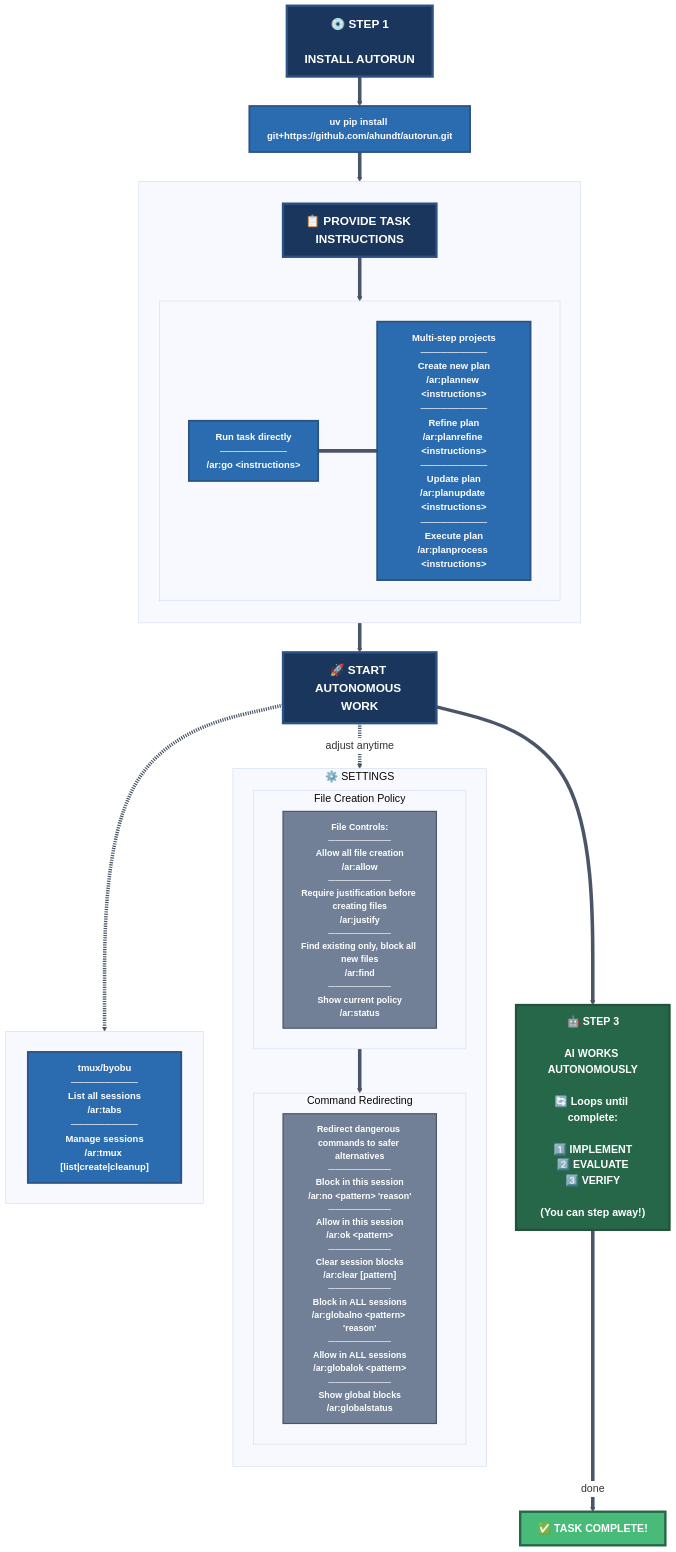
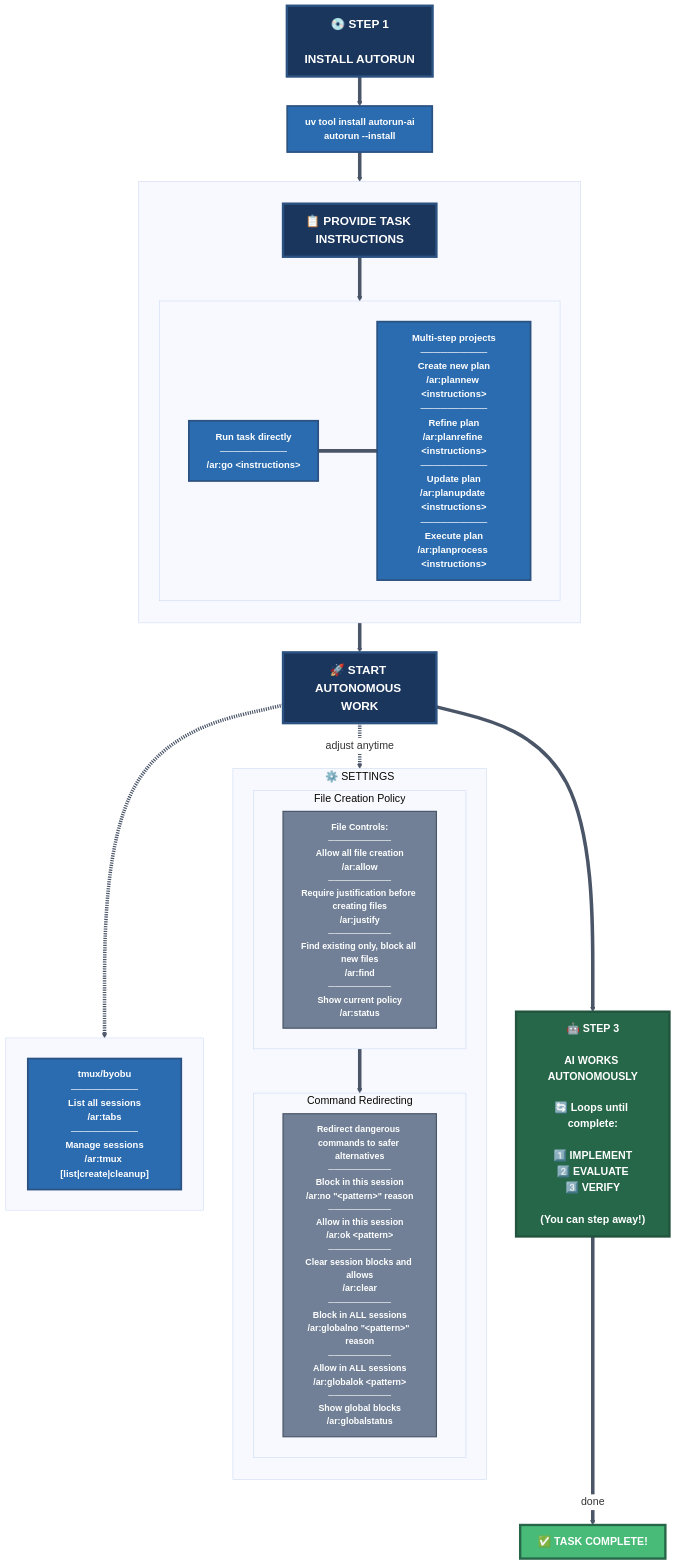
The diagram in autorun-architecture.mmd (ahundt/autorun), drawn with Mermaid before and after one commit. The commit also changed 6 other files, not shown here.

```diff
--- a/autorun-architecture.mmd
+++ b/autorun-architecture.mmd
@@ -1,91 +1,91 @@
 %% Regenerate SVG: npx @mermaid-js/mermaid-cli mmdc -i autorun-architecture.mmd -o autorun-architecture.svg
 %%{init: {'theme': 'base', 'themeVariables': { 'fontSize': '18px', 'fontFamily': 'Arial', 'maxTextWidth': 300, 'subgraphBkg': '#f7fafc', 'lineColor': '#4a5568', 'edgeLabelBackground': '#ffffff'}}}%%
 flowchart TD
     %% ========================================
     %%  STYLING
     %% ========================================
     classDef stepBox fill:#1a365d,stroke:#2c5282,stroke-width:4px,color:#fff,font-size:20px,font-weight:bold;
     classDef choiceBox fill:#2b6cb0,stroke:#2c5282,stroke-width:3px,color:#fff,font-size:16px,font-weight:bold;
     classDef aiBox fill:#276749,stroke:#22543d,stroke-width:4px,color:#fff,font-size:18px,font-weight:bold;
     classDef guardBox fill:#c53030,stroke:#742a2a,stroke-width:3px,color:#fff,font-size:14px,font-weight:bold;
     classDef safeBox fill:#ed8936,stroke:#c05621,stroke-width:3px,color:#fff,font-size:16px,font-weight:bold;
     classDef doneBox fill:#48bb78,stroke:#276749,stroke-width:4px,color:#fff,font-size:18px,font-weight:bold;
     classDef settingBox fill:#718096,stroke:#4a5568,stroke-width:2px,color:#fff,font-size:15px,font-weight:bold;
     classDef settingsPanel fill:#e2e8f0,stroke:#a0aec0,stroke-width:2px,color:#2d3748,font-size:15px,font-weight:bold;
 
     %% ========================================
     %%  STEP 1: INSTALL
     %% ========================================
     INSTALL["💿 STEP 1<br/><br/>INSTALL AUTORUN"]:::stepBox
-    INSTALL_CMD["uv pip install git+https://github.com/ahundt/autorun.git"]:::choiceBox
+    INSTALL_CMD["uv tool install autorun-ai<br/>autorun --install"]:::choiceBox
 
     %% ========================================
     %%  SETTINGS PANEL (Always available)
     %% ========================================
     subgraph SETTINGS["⚙️ SETTINGS"]
         direction TB
 
         subgraph FILE_SET["File Creation Policy"]
             F1["<b>File Controls:</b><br/>──────────<br/><b>Allow all file creation</b><br/>/ar:allow<br/>──────────<br/><b>Require justification before creating files</b><br/>/ar:justify<br/>──────────<br/><b>Find existing only, block all new files</b><br/>/ar:find<br/>──────────<br/><b>Show current policy</b><br/>/ar:status"]:::settingBox
         end
 
         FILE_SET --> BLOCK_SET
 
         subgraph BLOCK_SET["Command Redirecting"]
             direction LR
-            B1["<b>Redirect dangerous commands to safer alternatives</b><br/>──────────<br/><b>Block in this session</b><br/>/ar:no &lt;pattern&gt; 'reason'<br/>──────────<br/><b>Allow in this session</b><br/>/ar:ok &lt;pattern&gt;<br/>──────────<br/><b>Clear session blocks</b><br/>/ar:clear [pattern]<br/>──────────<br/><b>Block in ALL sessions</b><br/>/ar:globalno &lt;pattern&gt; 'reason'<br/>──────────<br/><b>Allow in ALL sessions</b><br/>/ar:globalok &lt;pattern&gt;<br/>──────────<br/><b>Show global blocks</b><br/>/ar:globalstatus"]:::settingBox
+            B1["<b>Redirect dangerous commands to safer alternatives</b><br/>──────────<br/><b>Block in this session</b><br/>/ar:no #quot;&lt;pattern&gt;#quot; reason<br/>──────────<br/><b>Allow in this session</b><br/>/ar:ok &lt;pattern&gt;<br/>──────────<br/><b>Clear session blocks and allows</b><br/>/ar:clear<br/>──────────<br/><b>Block in ALL sessions</b><br/>/ar:globalno #quot;&lt;pattern&gt;#quot; reason<br/>──────────<br/><b>Allow in ALL sessions</b><br/>/ar:globalok &lt;pattern&gt;<br/>──────────<br/><b>Show global blocks</b><br/>/ar:globalstatus"]:::settingBox
         end
     end
 
     %% ========================================
     %%  STEP 2: CHOOSE HOW AI WORKS
     %% ========================================
     subgraph WORKFLOW_OPTIONS[" "]
         direction TB
         PROVIDE["📋 PROVIDE TASK INSTRUCTIONS"]:::stepBox
         subgraph WORKFLOW_CMDS[" "]
             direction LR
             W1["<b>Run task directly</b><br/>──────────<br/>/ar:go &lt;instructions&gt;"]:::choiceBox
 
             W2["<b>Multi-step projects</b><br/>──────────<br/><b>Create new plan</b><br/>/ar:plannew &lt;instructions&gt;<br/>──────────<br/><b>Refine plan</b><br/>/ar:planrefine &lt;instructions&gt;<br/>──────────<br/><b>Update plan</b><br/>/ar:planupdate &lt;instructions&gt;<br/>──────────<br/><b>Execute plan</b><br/>/ar:planprocess &lt;instructions&gt;"]:::choiceBox
 
             W1 --- W2
         end
         PROVIDE --> WORKFLOW_CMDS
     end
 
     WORKFLOW["🚀 START AUTONOMOUS WORK"]:::stepBox
 
     %% ========================================
     %%  STEP 3: AI WORKS
     %% ========================================
     AI_ENGINE["🤖 STEP 3<br/><br/>AI WORKS AUTONOMOUSLY<br/><br/>🔄 Loops until complete:<br/><br/>1️⃣ IMPLEMENT<br/>2️⃣ EVALUATE<br/>3️⃣ VERIFY<br/><br/>(You can step away!)"]:::aiBox
 
     %% ========================================
     %%  MONITOR & CONTROL (Optional)
     %% ========================================
     subgraph CONTROL_OPTIONS[" "]
         direction LR
         C1["<b>tmux/byobu</b><br/>──────────<br/><b>List all sessions</b><br/>/ar:tabs<br/>──────────<br/><b>Manage sessions</b><br/>/ar:tmux [list|create|cleanup]"]:::choiceBox
     end
 
     %% ========================================
     %%  COMPLETE
     %% ========================================
     COMPLETE["✅ TASK COMPLETE!"]:::doneBox
 
     %% ========================================
     %%  FLOW
     %% ========================================
     INSTALL --> INSTALL_CMD
     INSTALL_CMD --> WORKFLOW_OPTIONS
 
     WORKFLOW_OPTIONS --> WORKFLOW
     WORKFLOW --> AI_ENGINE
     WORKFLOW -.->|"adjust anytime"| SETTINGS
 
     WORKFLOW -.-> CONTROL_OPTIONS
     AI_ENGINE -->|"done"| COMPLETE
 
     %% Make all connector lines thicker
     linkStyle default stroke-width:6px
```
